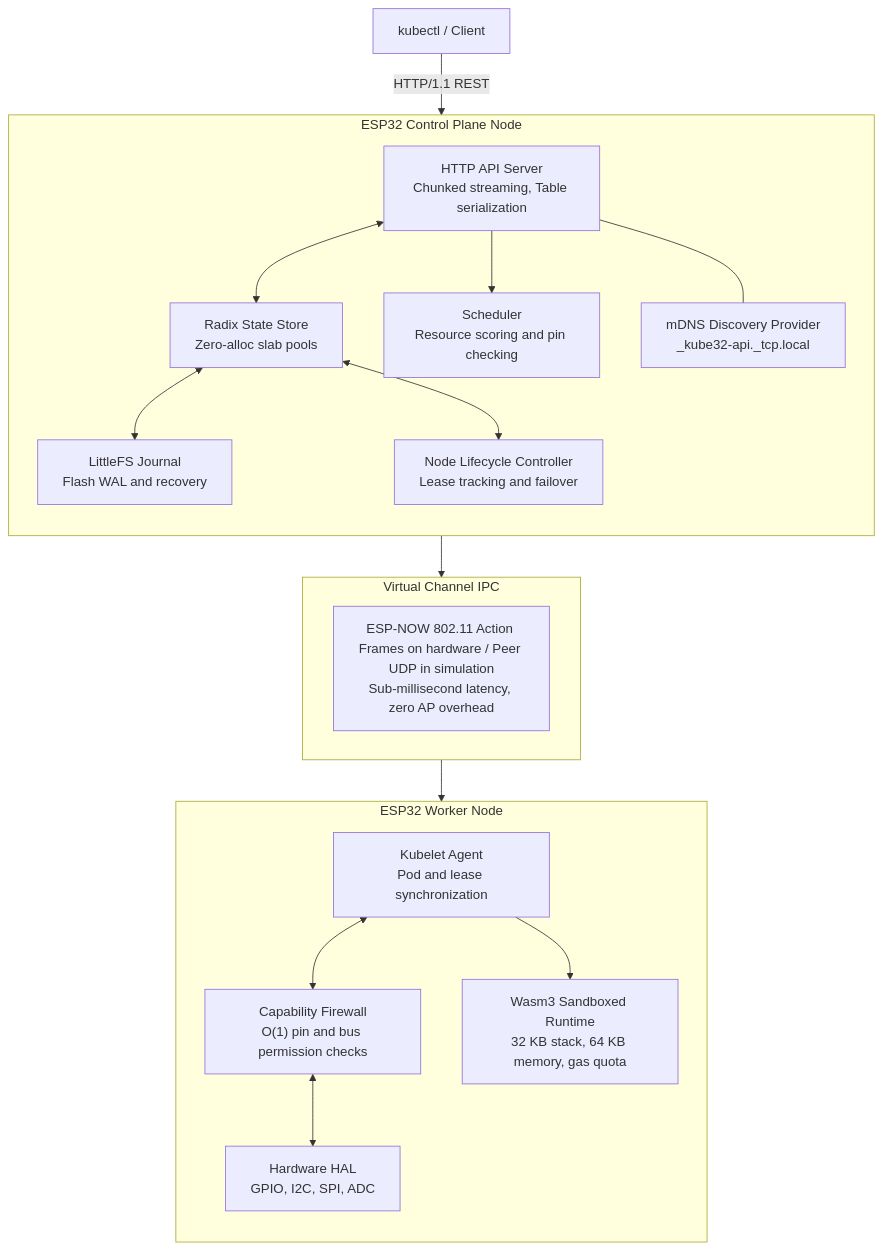
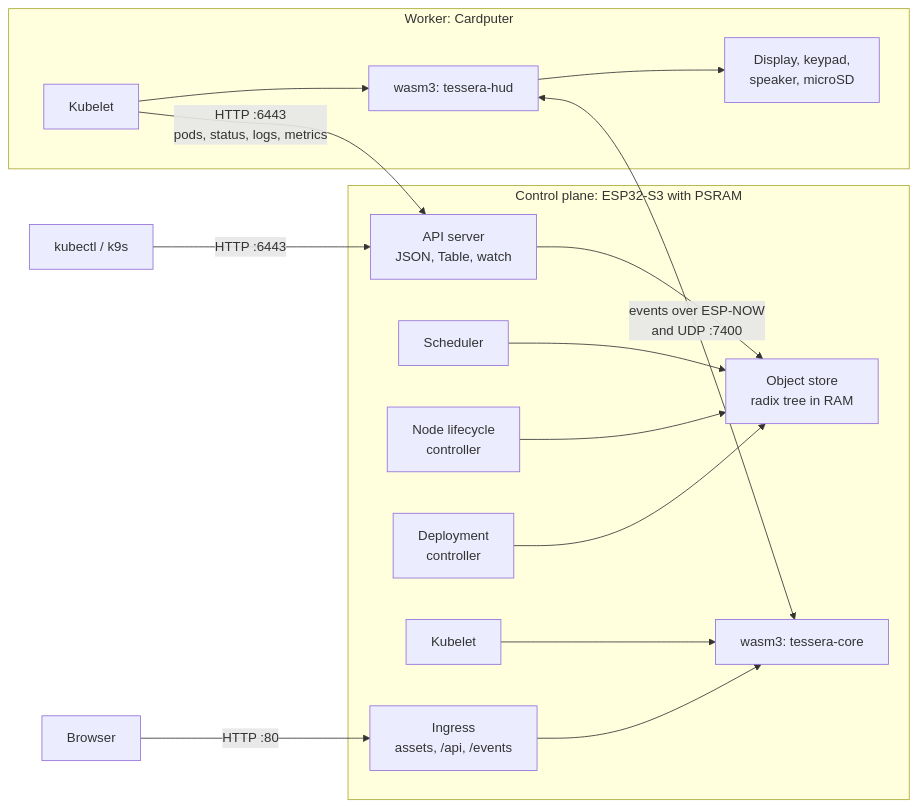
Before and after one commit to arterialist/kube32: the diagram in README.md, drawn with Mermaid. The commit also changed other lines of this file and 54 other files, not shown here.

````diff
--- a/README.md
+++ b/README.md
@@ -11,40 +232,19 @@
 ```mermaid
-flowchart TD
-    Client["kubectl / Client"]
-
-    subgraph ControlPlane["ESP32 Control Plane Node"]
-        direction TB
-        APIServer["HTTP API Server<br/>Chunked streaming, Table serialization"]
-        RadixStore["Radix State Store<br/>Zero-alloc slab pools"]
-        Journal["LittleFS Journal<br/>Flash WAL and recovery"]
-        Scheduler["Scheduler<br/>Resource scoring and pin checking"]
-        NodeCtrl["Node Lifecycle Controller<br/>Lease tracking and failover"]
-        mDNS["mDNS Discovery Provider<br/>_kube32-api._tcp.local"]
-
-        APIServer <--> RadixStore
-        RadixStore <--> Journal
-        APIServer --> Scheduler
-        RadixStore <--> NodeCtrl
-        APIServer --- mDNS
+flowchart LR
+    kubectl["kubectl / k9s"] -->|"HTTP :6443"| API
+    browser["Browser"] -->|"HTTP :80"| ING
+    subgraph CP["Control plane: ESP32-S3 with PSRAM"]
+        API["API server<br/>JSON, Table, watch"] --> STORE["Object store<br/>radix tree in RAM"]
+        SCHED["Scheduler"] --> STORE
+        NLC["Node lifecycle<br/>controller"] --> STORE
+        DEP["Deployment<br/>controller"] --> STORE
+        K1["Kubelet"] --> W1["wasm3: tessera-core"]
+        ING["Ingress<br/>assets, /api, /events"] --> W1
     end
-
-    subgraph IPC["Virtual Channel IPC"]
-        ESP_NOW["ESP-NOW 802.11 Action Frames on hardware / Peer UDP in simulation<br/>Sub-millisecond latency, zero AP overhead"]
+    subgraph WK["Worker: Cardputer"]
+        K2["Kubelet"] --> W2["wasm3: tessera-hud"]
+        W2 --> HW["Display, keypad,<br/>speaker, microSD"]
     end
-
-    subgraph Worker["ESP32 Worker Node"]
-        direction TB
-        Kubelet["Kubelet Agent<br/>Pod and lease synchronization"]
-        Firewall["Capability Firewall<br/>O(1) pin and bus permission checks"]
-        HAL["Hardware HAL<br/>GPIO, I2C, SPI, ADC"]
-        WasmRuntime["Wasm3 Sandboxed Runtime<br/>32 KB stack, 64 KB memory, gas quota"]
-
-        Kubelet <--> Firewall
-        Firewall <--> HAL
-        Kubelet --> WasmRuntime
-    end
-
-    Client -->|"HTTP/1.1 REST"| APIServer
-    ControlPlane --> IPC
-    IPC --> Worker
+    K2 -->|"HTTP :6443<br/>pods, status, logs, metrics"| API
+    W2 <-->|"events over ESP-NOW<br/>and UDP :7400"| W1
 ```
````
